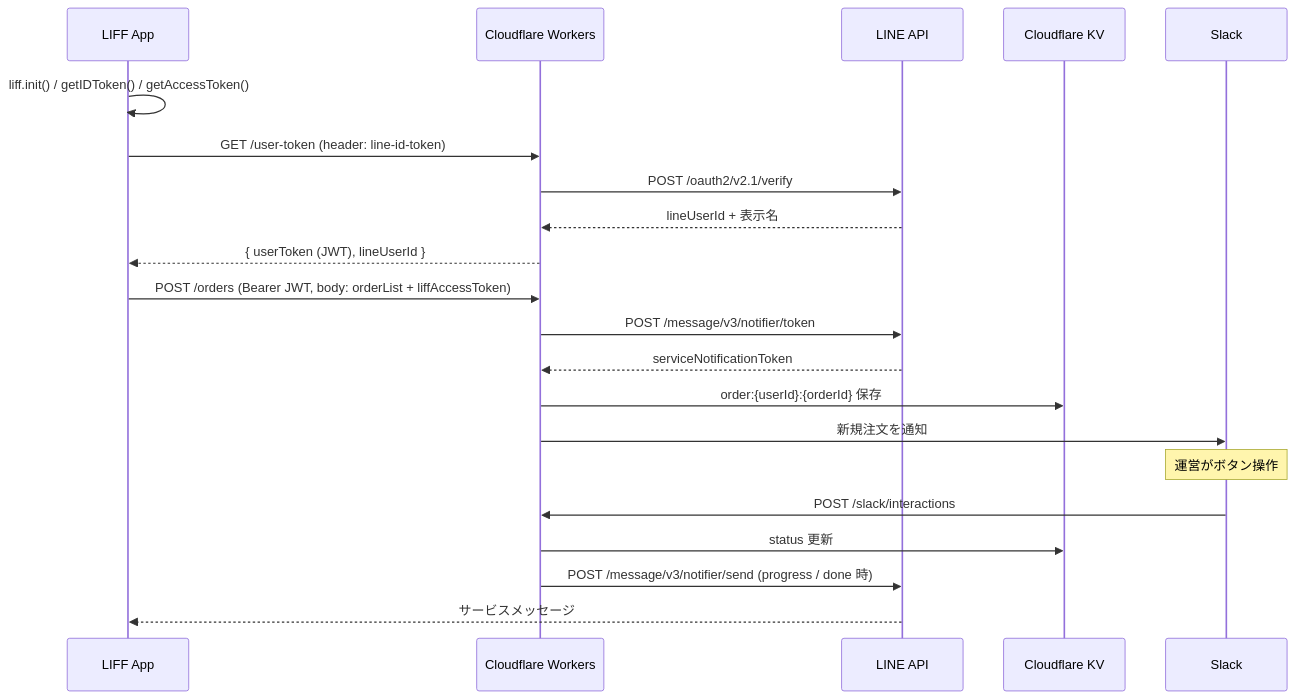
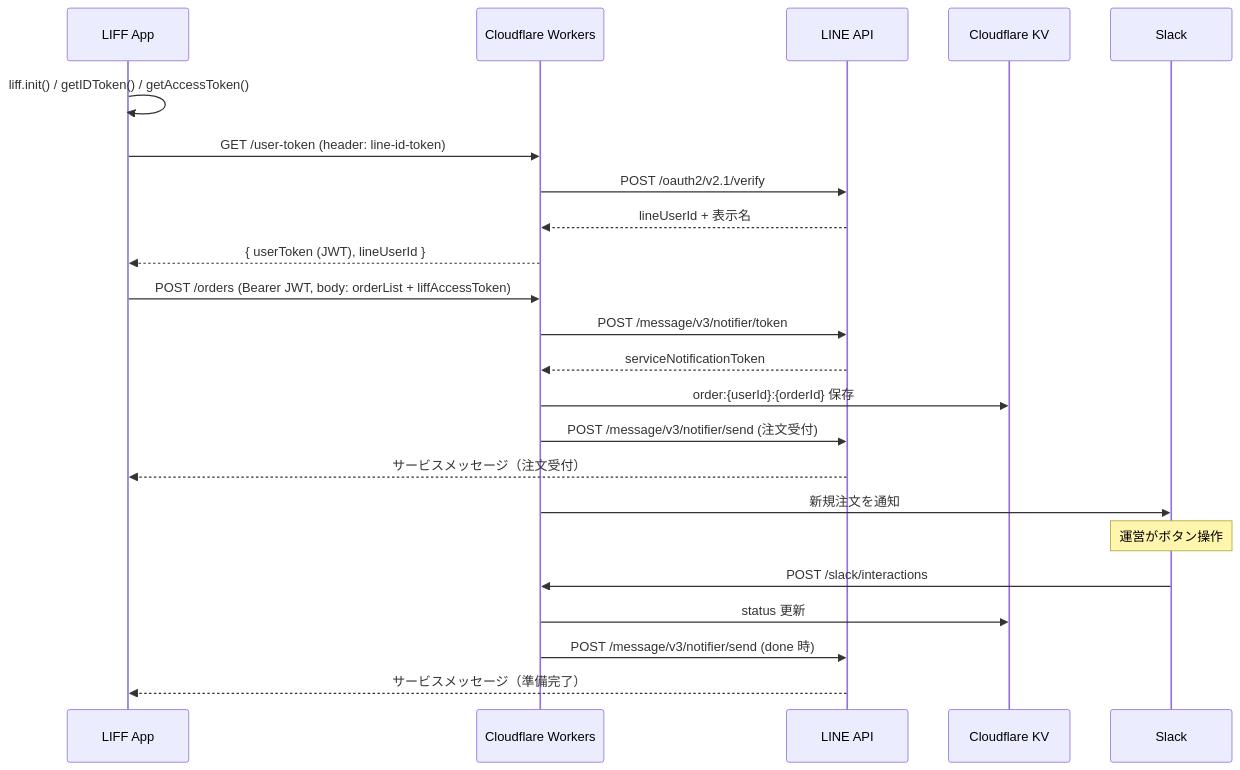
One commit to webdev-jp-net/line-order-document changed the diagram in _llm-docs/spec/backend/index.md. Above: the diagram before and after it, drawn with Mermaid. The commit also changed other lines of this file and 6 other files, not shown here.

````diff
--- a/_llm-docs/spec/backend/index.md
+++ b/_llm-docs/spec/backend/index.md
@@ -7,24 +7,26 @@
 ```mermaid
 sequenceDiagram
     participant User as LIFF App
     participant Worker as Cloudflare Workers
     participant LINE as LINE API
     participant KV as Cloudflare KV
     participant Slack as Slack
 
     User->>User: liff.init() / getIDToken() / getAccessToken()
     User->>Worker: GET /user-token (header: line-id-token)
     Worker->>LINE: POST /oauth2/v2.1/verify
     LINE-->>Worker: lineUserId + 表示名
     Worker-->>User: { userToken (JWT), lineUserId }
     User->>Worker: POST /orders (Bearer JWT, body: orderList + liffAccessToken)
     Worker->>LINE: POST /message/v3/notifier/token
     LINE-->>Worker: serviceNotificationToken
     Worker->>KV: order:{userId}:{orderId} 保存
+    Worker->>LINE: POST /message/v3/notifier/send (注文受付)
+    LINE-->>User: サービスメッセージ（注文受付）
     Worker->>Slack: 新規注文を通知
     Note over Slack: 運営がボタン操作
     Slack->>Worker: POST /slack/interactions
     Worker->>KV: status 更新
-    Worker->>LINE: POST /message/v3/notifier/send (progress / done 時)
-    LINE-->>User: サービスメッセージ
+    Worker->>LINE: POST /message/v3/notifier/send (done 時)
+    LINE-->>User: サービスメッセージ（準備完了）
 ```
````
